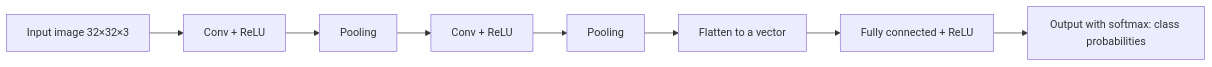
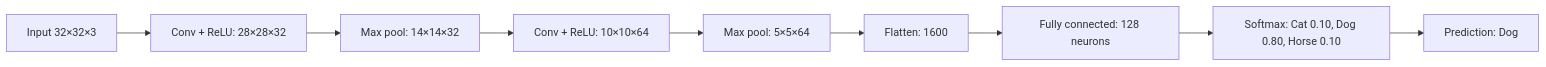
Before and after one commit to TrendySloth1001/sem-seven-notes: the fourth of 4 diagrams in content/deep-learning/notes/cnn.mdx, drawn with Mermaid. The commit also changed other lines of this file and 23 other files, not shown here.

````diff
--- a/content/deep-learning/notes/cnn.mdx
+++ b/content/deep-learning/notes/cnn.mdx
@@ -568,11 +885,12 @@
 ```mermaid
-%% caption: The usual layout of a CNN. The left part (convolution, ReLU, pooling, repeated) extracts features. The right part (flatten, fully connected, softmax) classifies them.
+%% caption: The basic CNN of the class with the shape of the data after each step. The left part extracts features; the right part classifies.
 flowchart LR
-  A["Input image 32×32×3"] --> B["Conv + ReLU"]
-  B --> C["Pooling"]
-  C --> D["Conv + ReLU"]
-  D --> E["Pooling"]
-  E --> F["Flatten to a vector"]
-  F --> G["Fully connected + ReLU"]
-  G --> H["Output with softmax: class probabilities"]
+  A["Input 32×32×3"] --> B["Conv + ReLU: 28×28×32"]
+  B --> C["Max pool: 14×14×32"]
+  C --> D["Conv + ReLU: 10×10×64"]
+  D --> E["Max pool: 5×5×64"]
+  E --> F["Flatten: 1600"]
+  F --> G["Fully connected: 128 neurons"]
+  G --> H["Softmax: Cat 0.10, Dog 0.80, Horse 0.10"]
+  H --> I["Prediction: Dog"]
 ```
````
